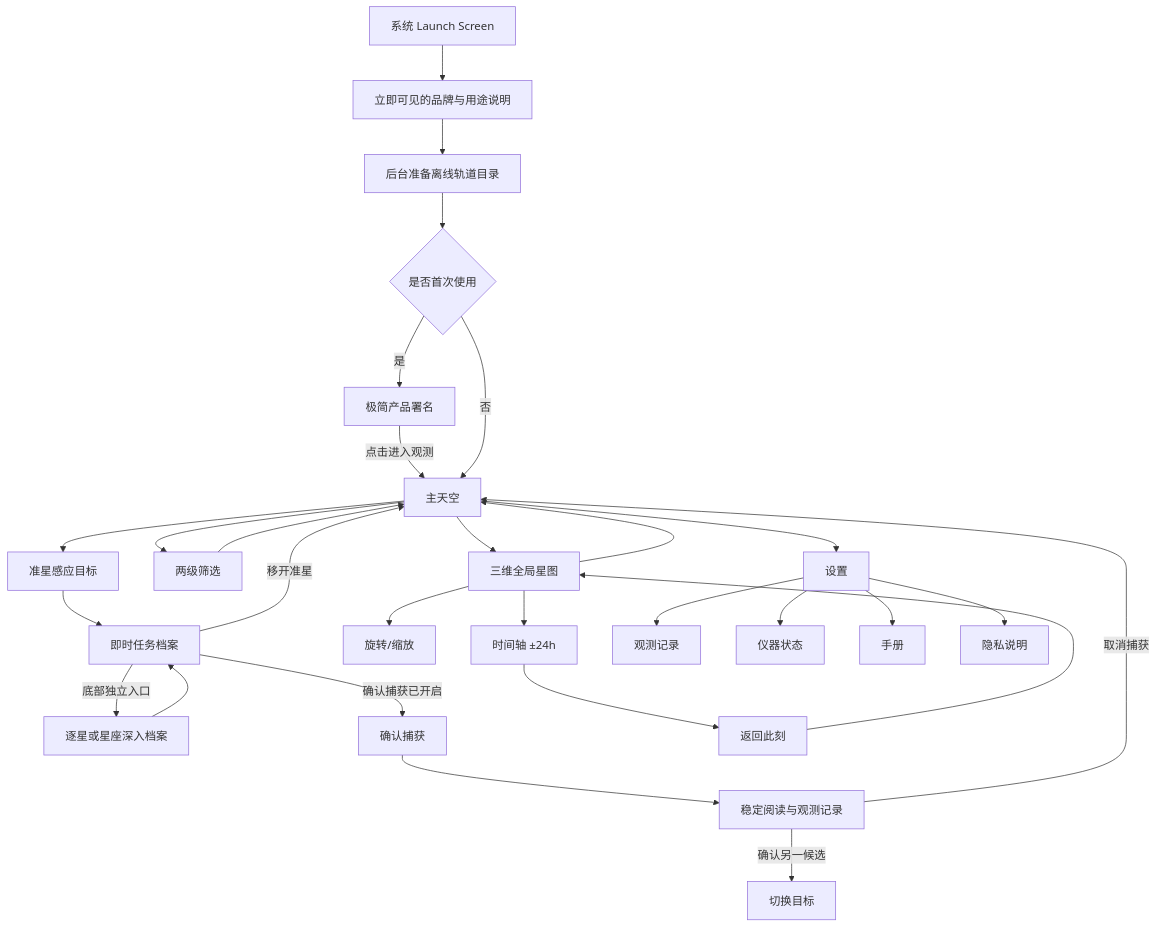
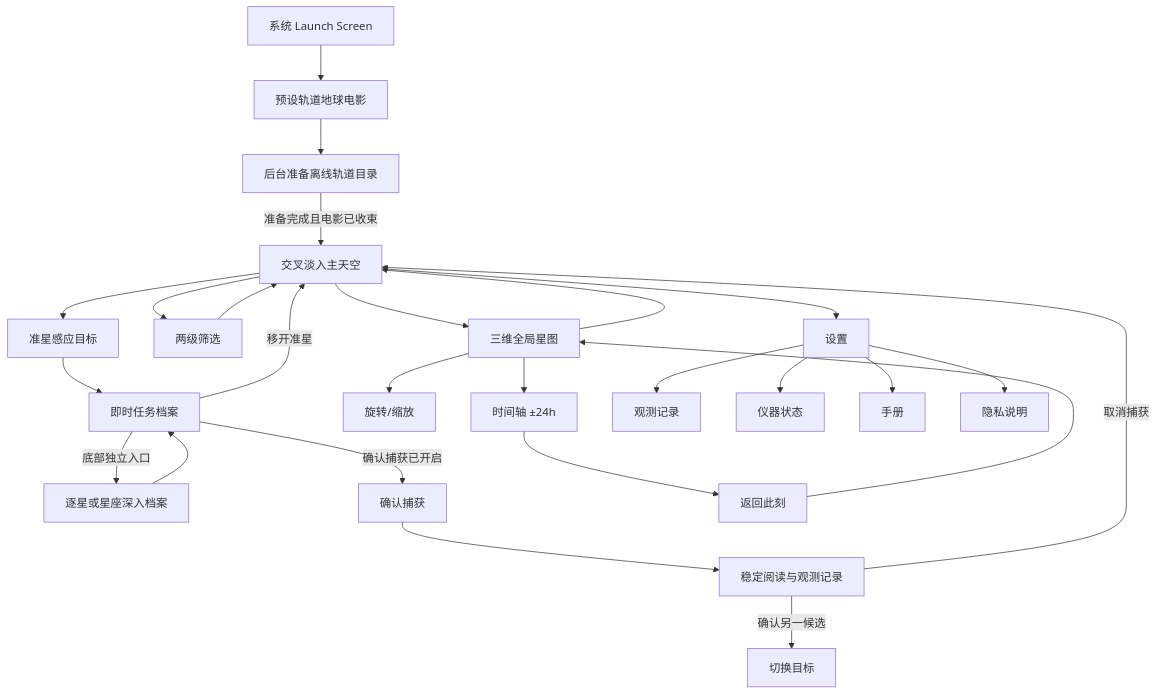
One commit to tollenceld/StarCatch changed the diagram in Documentation/PROJECT_OVERVIEW.md. Above: the diagram before and after it, drawn with Mermaid. The commit also changed other lines of this file and 7 other files, not shown here.

````diff
--- a/Documentation/PROJECT_OVERVIEW.md
+++ b/Documentation/PROJECT_OVERVIEW.md
@@ -409,31 +413,28 @@
 ```mermaid
 flowchart TD
-    A[系统 Launch Screen] --> A1[立即可见的品牌与用途说明]
+    A[系统 Launch Screen] --> A1[预设轨道地球电影]
     A1 --> A2[后台准备离线轨道目录]
-    A2 --> B{是否首次使用}
-    B -->|是| C[极简产品署名]
-    C -->|点击进入观测| E[主天空]
-    B -->|否| E
+    A2 -->|准备完成且电影已收束| E[交叉淡入主天空]
     E --> F[准星感应目标]
     F --> G[即时任务档案]
     G -->|移开准星| E
     G -->|底部独立入口| H[逐星或星座深入档案]
     H --> G
     G -->|确认捕获已开启| I[确认捕获]
     I --> J[稳定阅读与观测记录]
     J -->|确认另一候选| K[切换目标]
     J -->|取消捕获| E
     E --> L[两级筛选]
     L --> E
     E --> M[三维全局星图]
     M --> N[旋转/缩放]
     M --> O[时间轴 ±24h]
     O --> P[返回此刻]
     P --> M
     M --> E
     E --> Q[设置]
     Q --> R[观测记录]
     Q --> S[仪器状态]
     Q --> T[手册]
     Q --> U[隐私说明]
 ```
````
